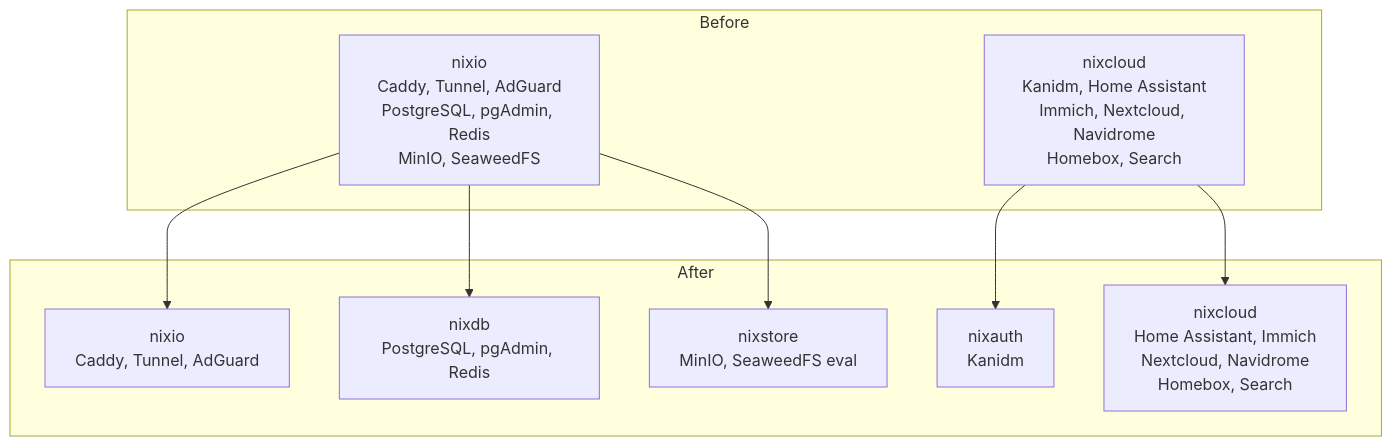
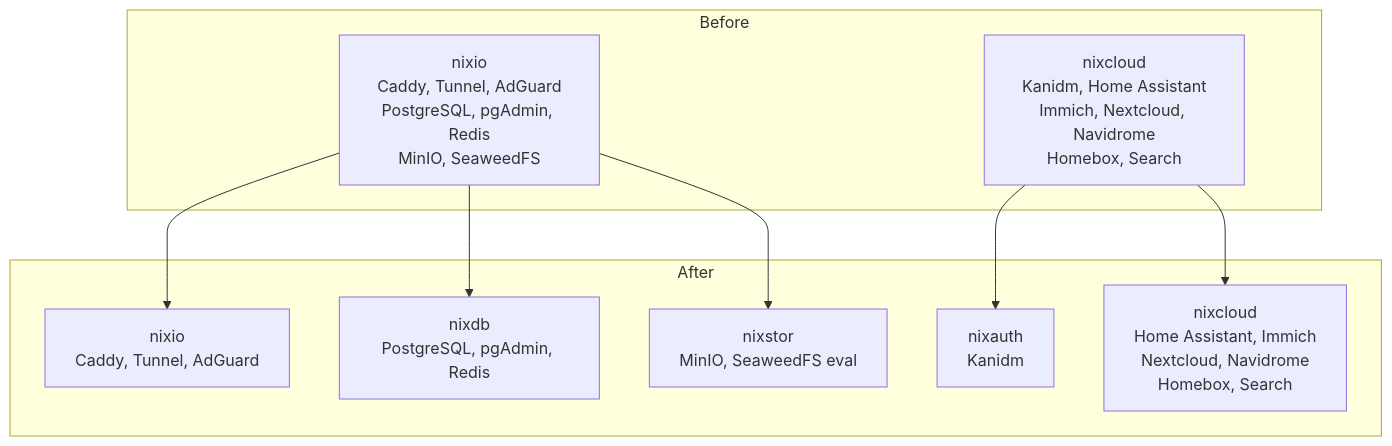
One commit to DaRacci/nix-config changed the first of 6 diagrams in openspec/changes/reallocate-server-service-roles/design.md. Above: the diagram before and after it, drawn with Mermaid. The commit also changed other lines of this file and 70 other files, not shown here.

````diff
--- a/openspec/changes/reallocate-server-service-roles/design.md
+++ b/openspec/changes/reallocate-server-service-roles/design.md
@@ -305,21 +305,21 @@
 ```mermaid
 flowchart TD
     subgraph Before
         nixio["nixio<br/>Caddy, Tunnel, AdGuard<br/>PostgreSQL, pgAdmin, Redis<br/>MinIO, SeaweedFS"]
         nixcloud["nixcloud<br/>Kanidm, Home Assistant<br/>Immich, Nextcloud, Navidrome<br/>Homebox, Search"]
     end
 
     subgraph After
         nixio_after["nixio<br/>Caddy, Tunnel, AdGuard"]
         nixdb["nixdb<br/>PostgreSQL, pgAdmin, Redis"]
-        nixstore["nixstore<br/>MinIO, SeaweedFS eval"]
+        nixstor["nixstor<br/>MinIO, SeaweedFS eval"]
         nixauth["nixauth<br/>Kanidm"]
         nixcloud_after["nixcloud<br/>Home Assistant, Immich<br/>Nextcloud, Navidrome<br/>Homebox, Search"]
     end
 
     nixio --> nixio_after
     nixio --> nixdb
-    nixio --> nixstore
+    nixio --> nixstor
     nixcloud --> nixauth
     nixcloud --> nixcloud_after
 ```
````
